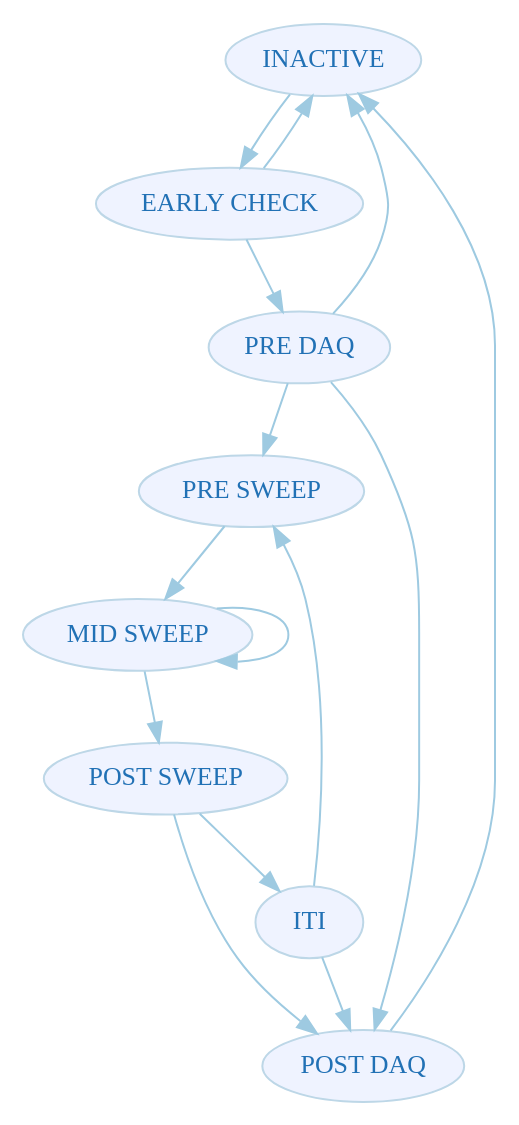
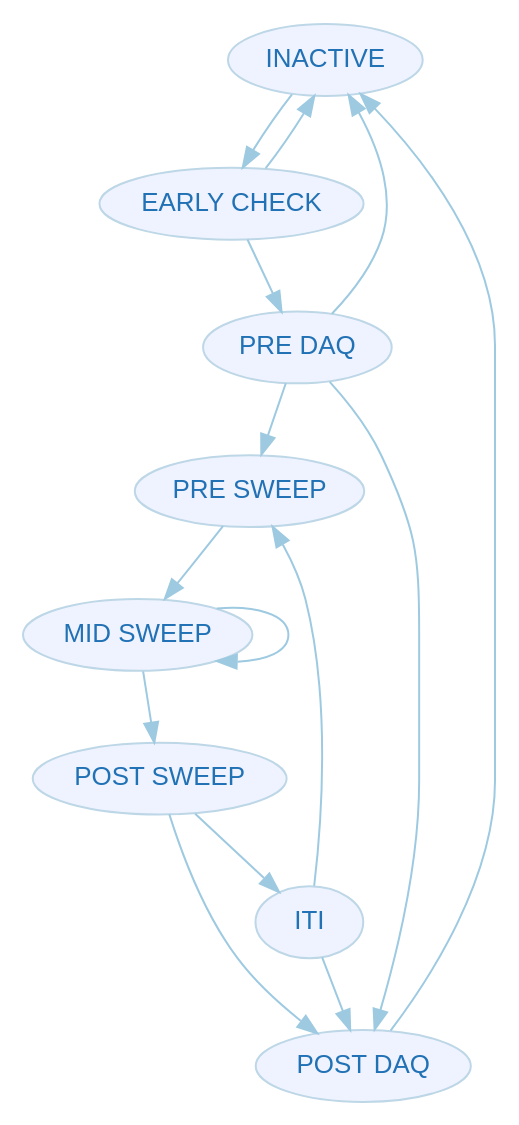
Before and after one commit to AllenInstitute/MIES: the diagram in Packages/doc/dot/acquisition-state-transitions.dot, drawn with Graphviz. The commit also changed 3 other files, not shown here.

```diff
--- a/Packages/doc/dot/acquisition-state-transitions.dot
+++ b/Packages/doc/dot/acquisition-state-transitions.dot
@@ -1,51 +1,51 @@
 digraph G {
-    fontname="sans-serif";
+    fontname="Helvetica";
     compound="true";
     ratio="0,01";
     center="true";
     penwidth="0.1";
     edge [comment="Wildcard edge",
-          fontname="sans-serif",
+          fontname="Helvetica",
           fontsize=10,
           colorscheme="blues3",
           color=2,
           fontcolor=3];
-    node [fontname="serif",
+    node [fontname="Helvetica",
           fontsize=13,
           fillcolor="1",
           colorscheme="blues4",
           color="2",
           fontcolor="4",
           style="filled"];
 
     "INACTIVE";
     "PRE DAQ";
     "PRE SWEEP";
     "MID SWEEP";
     "POST SWEEP";
     "ITI";
     "POST DAQ";
     "EARLY CHECK";
 
     "INACTIVE" -> "EARLY CHECK";
 
     "EARLY CHECK" -> "INACTIVE";
     "EARLY CHECK" -> "PRE DAQ";
 
     "PRE DAQ" -> "PRE SWEEP";
     "PRE DAQ" -> "INACTIVE";
     "PRE DAQ" -> "POST DAQ";
 
     "PRE SWEEP" -> "MID SWEEP";
 
     "MID SWEEP" -> "MID SWEEP";
     "MID SWEEP" -> "POST SWEEP";
 
     "POST SWEEP" -> "ITI";
     "POST SWEEP" -> "POST DAQ";
 
     "ITI" -> "PRE SWEEP";
     "ITI" -> "POST DAQ";
 
     "POST DAQ" -> "INACTIVE";
 }
```
